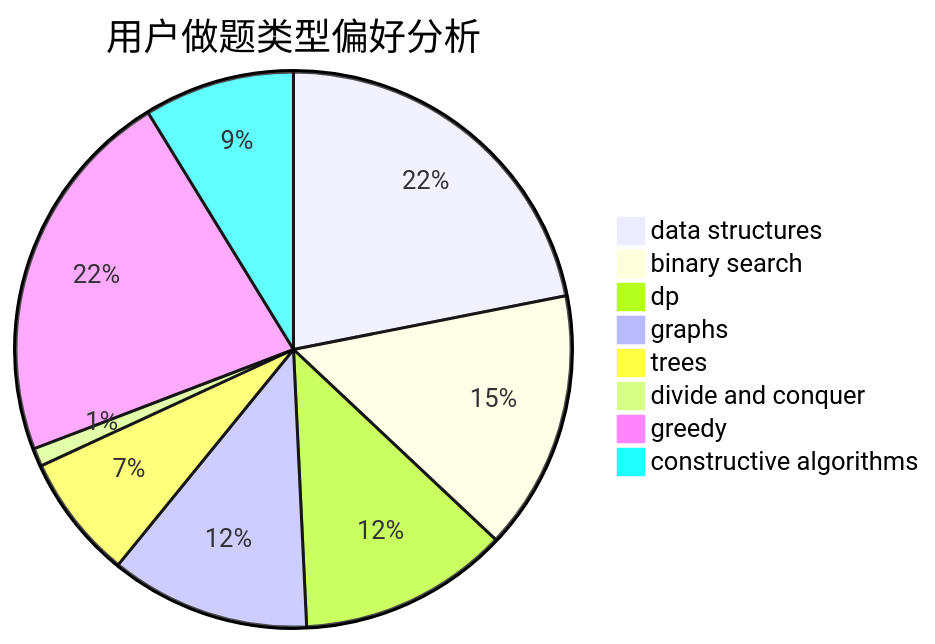
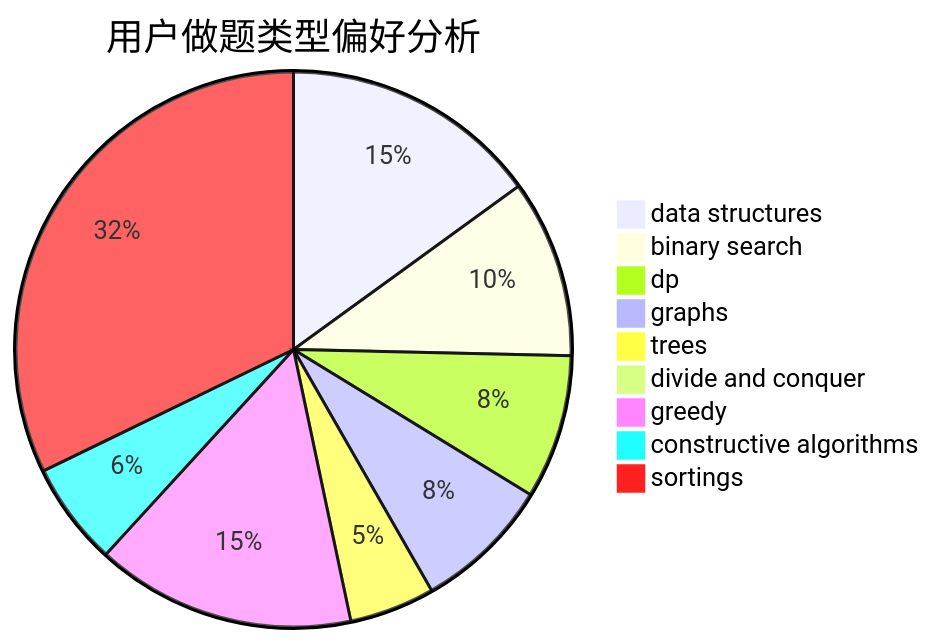
Before and after one commit to sherpahu/cfrs.github.io: the second of 3 diagrams in docs/user/u2242.md, drawn with Mermaid. The commit also changed other lines of this file and 2769 other files, not shown here.

````diff
--- a/docs/user/u2242.md
+++ b/docs/user/u2242.md
@@ -23,11 +18,12 @@
 ```mermaid
 pie title 用户做题类型偏好分析
     "data structures" :  145
     "binary search" :  100
     "dp" :  81
     "graphs" :  77
     "trees" :  48
     "divide and conquer" :  7
     "greedy" :  146
     "constructive algorithms" :  58
+    "sortings" :  311
 ```
````
